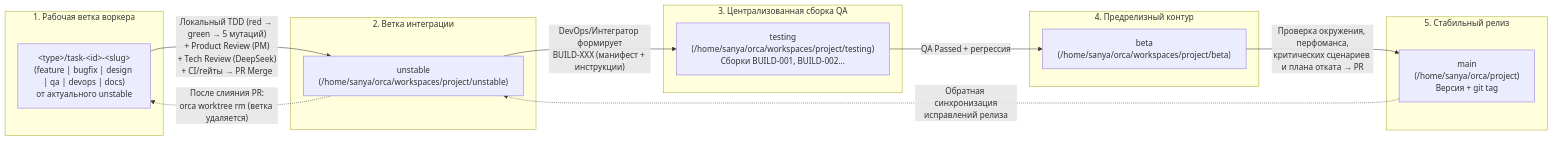
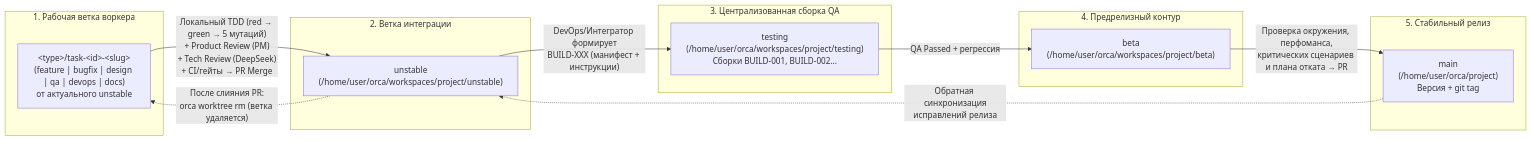
One commit to Userbash/chord changed the first of 2 diagrams in waves/RW-40/PARITY/MERGE-READINESS-14.md. Above: the diagram before and after it, drawn with Mermaid. The commit also changed other lines of this file and 2279 other files, not shown here.

````diff
--- a/waves/RW-40/PARITY/MERGE-READINESS-14.md
+++ b/waves/RW-40/PARITY/MERGE-READINESS-14.md
@@ -68,25 +68,25 @@
 ```mermaid
 flowchart LR
   subgraph Worker["1. Рабочая ветка воркера"]
     W["&lt;type&gt;/task-&lt;id&gt;-&lt;slug&gt;<br/>(feature | bugfix | design | qa | devops | docs)<br/>от актуального unstable"]
   end
   subgraph Unstable["2. Ветка интеграции"]
-    U["unstable<br/>(/home/sanya/orca/workspaces/project/unstable)"]
+    U["unstable<br/>(/home/user/orca/workspaces/project/unstable)"]
   end
   subgraph Testing["3. Централизованная сборка QA"]
-    T["testing<br/>(/home/sanya/orca/workspaces/project/testing)<br/>Сборки BUILD-001, BUILD-002..."]
+    T["testing<br/>(/home/user/orca/workspaces/project/testing)<br/>Сборки BUILD-001, BUILD-002..."]
   end
   subgraph Beta["4. Предрелизный контур"]
-    B["beta<br/>(/home/sanya/orca/workspaces/project/beta)"]
+    B["beta<br/>(/home/user/orca/workspaces/project/beta)"]
   end
   subgraph Main["5. Стабильный релиз"]
-    M["main<br/>(/home/sanya/orca/project)<br/>Версия + git tag"]
+    M["main<br/>(/home/user/orca/project)<br/>Версия + git tag"]
   end
 
   W -->|"Локальный TDD (red → green → 5 мутаций)<br/>+ Product Review (PM)<br/>+ Tech Review (DeepSeek)<br/>+ CI/гейты → PR Merge"| U
   U -.->|"После слияния PR:<br/>orca worktree rm (ветка удаляется)"| W
   U -->|"DevOps/Интегратор формирует<br/>BUILD-XXX (манифест + инструкции)"| T
   T -->|"QA Passed + регрессия"| B
   B -->|"Проверка окружения, перфоманса,<br/>критических сценариев и плана отката → PR"| M
   M -.->|"Обратная синхронизация<br/>исправлений релиза"| U
 ```
````
